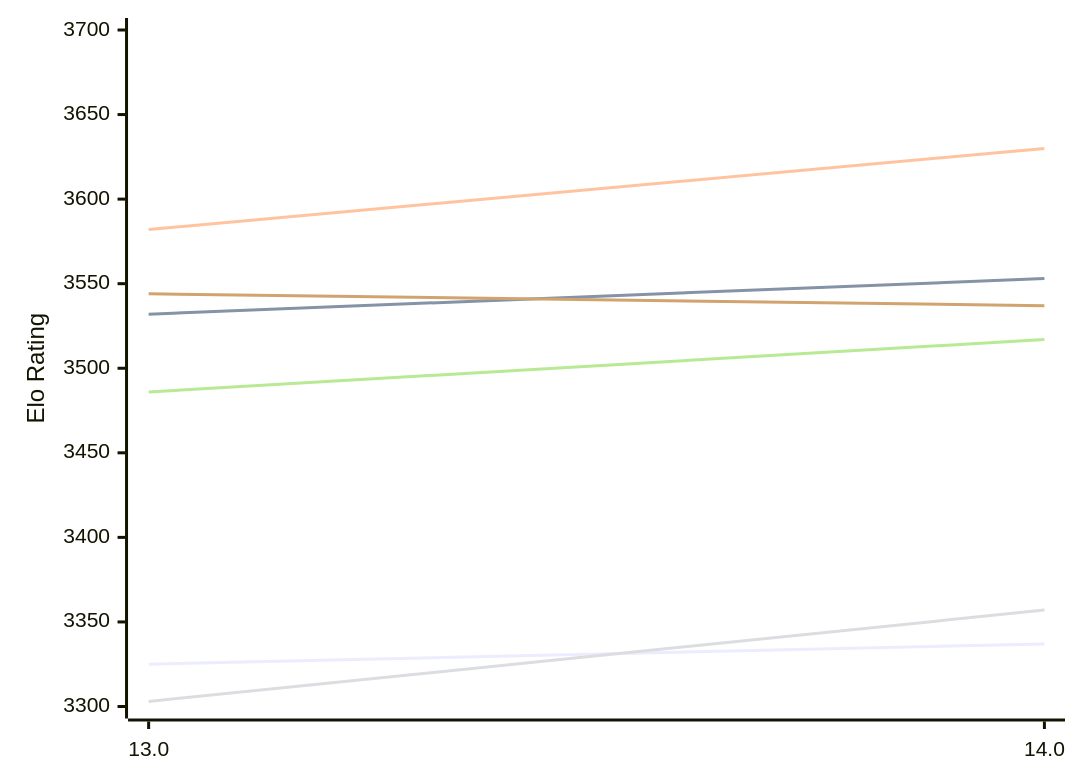
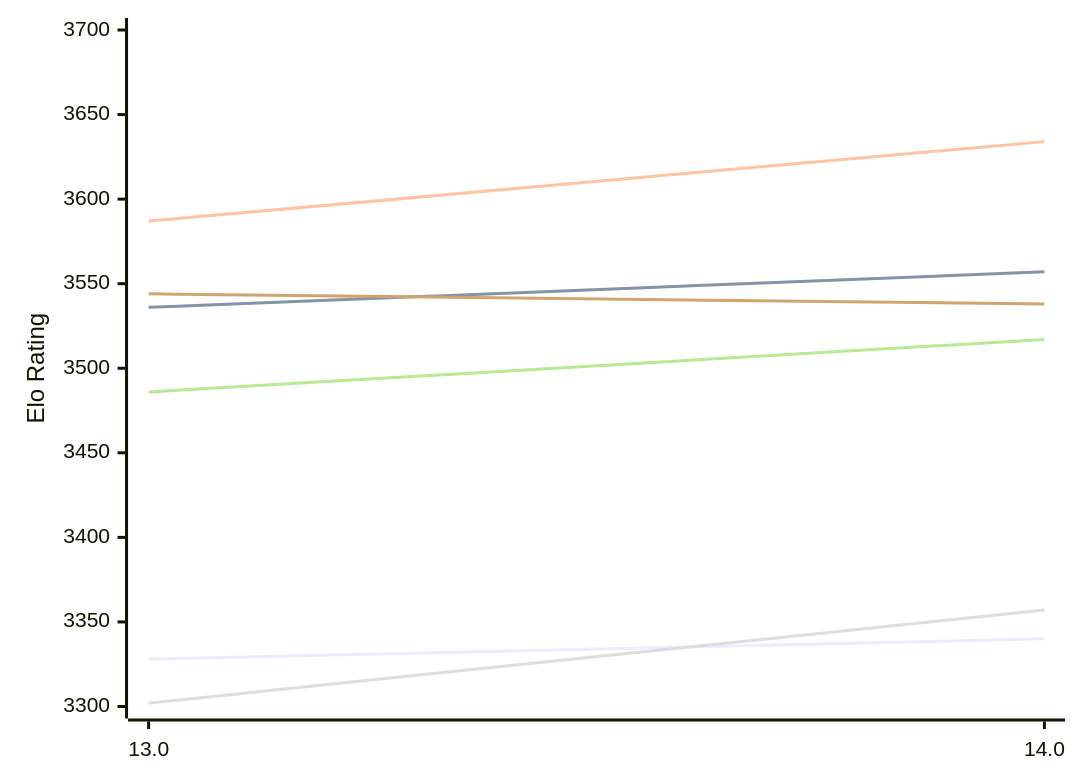
One commit to computer-chess-index/cci changed the first of 2 diagrams in engines/Tcheran.md. Above: the diagram before and after it, drawn with Mermaid. The commit also changed other lines of this file, not shown here.

Commit message:
Update CCI Ratings (ELO VLTC) - 2026-11-22

````diff
--- a/engines/Tcheran.md
+++ b/engines/Tcheran.md
@@ -55,12 +55,12 @@
 ```mermaid
 %%{init: {"theme":"base","themeVariables":{"seriesColors:['#a3a3a3','#222221','#faa371']}}}%%
 xychart-beta
   x-axis ["13.0", "14.0"]
   y-axis "Elo Rating" 3300 --> 3700
-  line "E1: STC (8.0+0.08s)" [3325, 3337]
-  line "E1: LTC (60.0+0.60s)" [3532, 3553]
-  line "E1: VLTC (2m24s+1.12s)" [3582, 3630]
-  line "P1: STC (8.0+0.08s)" [3303, 3357]
+  line "E1: STC (8.0+0.08s)" [3328, 3340]
+  line "E1: LTC (60.0+0.60s)" [3536, 3557]
+  line "E1: VLTC (2m24s+1.12s)" [3587, 3634]
+  line "P1: STC (8.0+0.08s)" [3302, 3357]
   line "P1: LTC (60.0+0.60s)" [3486, 3517]
-  line "P1: VLTC (2m24s+1.12s)" [3544, 3537]
+  line "P1: VLTC (2m24s+1.12s)" [3544, 3538]
 ```
````
